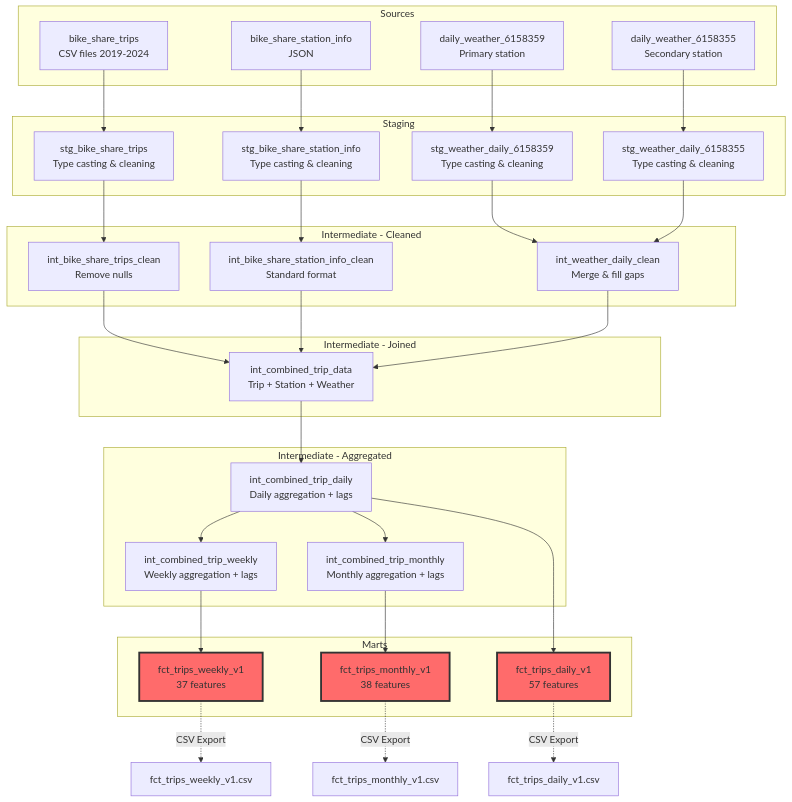
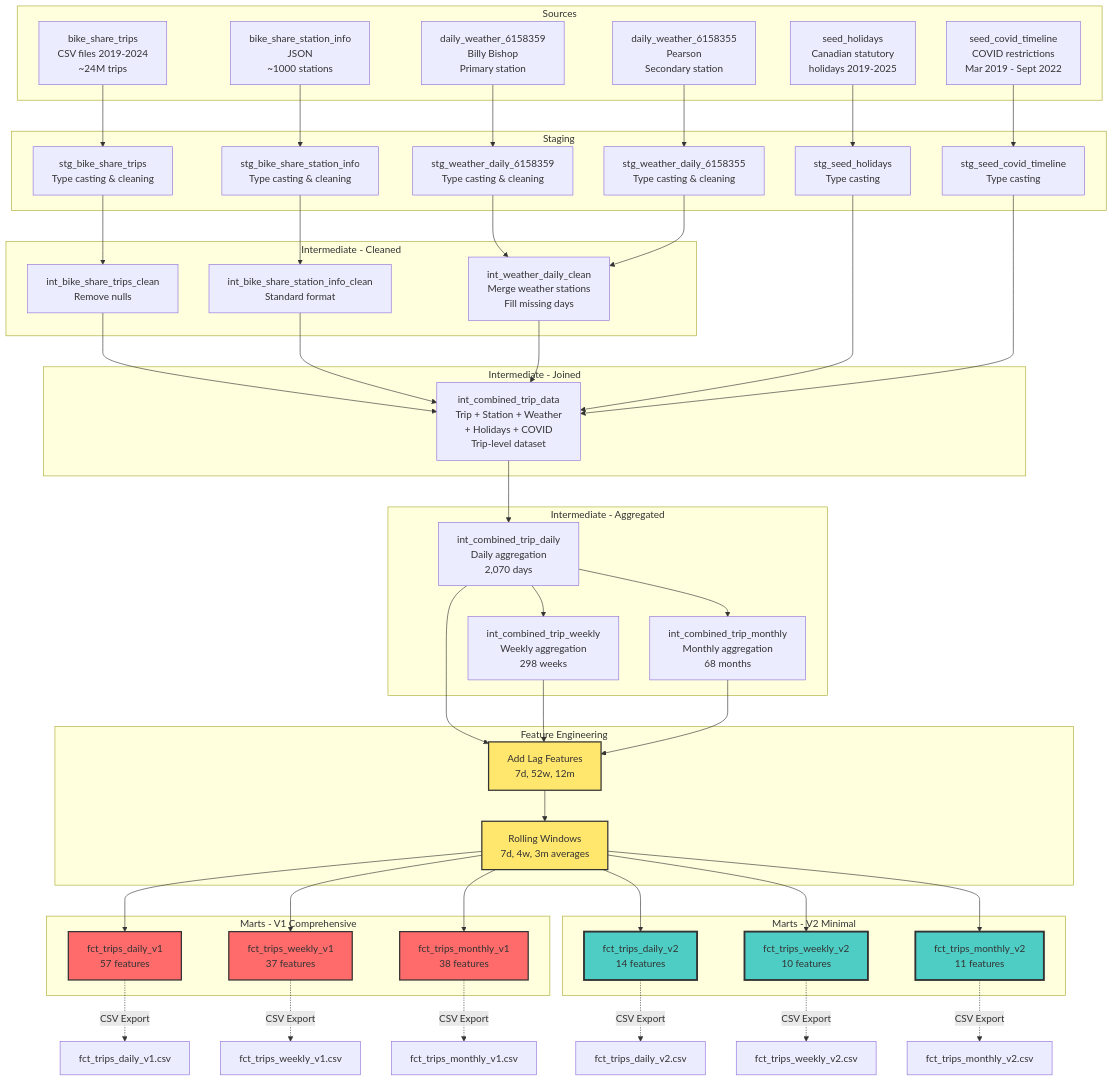
Before and after one commit to dharshatharan/bike-share-ml: the second of 2 diagrams in dag/DATA_PIPELINE_DOCUMENTATION.md, drawn with Mermaid. The commit also changed other lines of this file, not shown here.

````diff
--- a/dag/DATA_PIPELINE_DOCUMENTATION.md
+++ b/dag/DATA_PIPELINE_DOCUMENTATION.md
@@ -66,10 +81,12 @@
 ```mermaid
 graph TD
     subgraph Sources
-        S1[bike_share_trips<br/>CSV files 2019-2024]
-        S2[bike_share_station_info<br/>JSON]
-        S3[daily_weather_6158359<br/>Primary station]
-        S4[daily_weather_6158355<br/>Secondary station]
+        S1[bike_share_trips<br/>CSV files 2019-2024<br/>~24M trips]
+        S2[bike_share_station_info<br/>JSON<br/>~1000 stations]
+        S3[daily_weather_6158359<br/>Billy Bishop<br/>Primary station]
+        S4[daily_weather_6158355<br/>Pearson<br/>Secondary station]
+        S5[seed_holidays<br/>Canadian statutory<br/>holidays 2019-2025]
+        S6[seed_covid_timeline<br/>COVID restrictions<br/>Mar 2019 - Sept 2022]
     end
 
     subgraph Staging
@@ -77,34 +94,49 @@
         ST2[stg_bike_share_station_info<br/>Type casting & cleaning]
         ST3[stg_weather_daily_6158359<br/>Type casting & cleaning]
         ST4[stg_weather_daily_6158355<br/>Type casting & cleaning]
+        ST5[stg_seed_holidays<br/>Type casting]
+        ST6[stg_seed_covid_timeline<br/>Type casting]
     end
 
     subgraph Intermediate - Cleaned
         IC1[int_bike_share_trips_clean<br/>Remove nulls]
         IC2[int_bike_share_station_info_clean<br/>Standard format]
-        IC3[int_weather_daily_clean<br/>Merge & fill gaps]
+        IC3[int_weather_daily_clean<br/>Merge weather stations<br/>Fill missing days]
     end
 
     subgraph Intermediate - Joined
-        IJ[int_combined_trip_data<br/>Trip + Station + Weather]
+        IJ[int_combined_trip_data<br/>Trip + Station + Weather<br/>+ Holidays + COVID<br/>Trip-level dataset]
     end
 
     subgraph Intermediate - Aggregated
-        IA1[int_combined_trip_daily<br/>Daily aggregation + lags]
-        IA2[int_combined_trip_weekly<br/>Weekly aggregation + lags]
-        IA3[int_combined_trip_monthly<br/>Monthly aggregation + lags]
+        IA1[int_combined_trip_daily<br/>Daily aggregation<br/>2,070 days]
+        IA2[int_combined_trip_weekly<br/>Weekly aggregation<br/>298 weeks]
+        IA3[int_combined_trip_monthly<br/>Monthly aggregation<br/>68 months]
     end
 
-    subgraph Marts
-        M1[fct_trips_daily_v1<br/>57 features]
-        M2[fct_trips_weekly_v1<br/>37 features]
-        M3[fct_trips_monthly_v1<br/>38 features]
+    subgraph Feature Engineering
+        FE1[Add Lag Features<br/>7d, 52w, 12m]
+        FE2[Rolling Windows<br/>7d, 4w, 3m averages]
+    end
+
+    subgraph Marts - V1 Comprehensive
+        M1V1[fct_trips_daily_v1<br/>57 features]
+        M2V1[fct_trips_weekly_v1<br/>37 features]
+        M3V1[fct_trips_monthly_v1<br/>38 features]
+    end
+
+    subgraph Marts - V2 Minimal
+        M1V2[fct_trips_daily_v2<br/>14 features]
+        M2V2[fct_trips_weekly_v2<br/>10 features]
+        M3V2[fct_trips_monthly_v2<br/>11 features]
     end
 
     S1 --> ST1
     S2 --> ST2
     S3 --> ST3
     S4 --> ST4
+    S5 --> ST5
+    S6 --> ST6
 
     ST1 --> IC1
     ST2 --> IC2
@@ -114,20 +146,38 @@
     IC1 --> IJ
     IC2 --> IJ
     IC3 --> IJ
+    ST5 --> IJ
+    ST6 --> IJ
 
     IJ --> IA1
     IA1 --> IA2
     IA1 --> IA3
 
-    IA1 --> M1
-    IA2 --> M2
-    IA3 --> M3
+    IA1 --> FE1
+    IA2 --> FE1
+    IA3 --> FE1
+    FE1 --> FE2
 
-    M1 -.->|CSV Export| CSV1[fct_trips_daily_v1.csv]
-    M2 -.->|CSV Export| CSV2[fct_trips_weekly_v1.csv]
-    M3 -.->|CSV Export| CSV3[fct_trips_monthly_v1.csv]
+    FE2 --> M1V1
+    FE2 --> M2V1
+    FE2 --> M3V1
+    FE2 --> M1V2
+    FE2 --> M2V2
+    FE2 --> M3V2
 
-    style M1 fill:#ff6b6b,stroke:#333,stroke-width:3px
-    style M2 fill:#ff6b6b,stroke:#333,stroke-width:3px
-    style M3 fill:#ff6b6b,stroke:#333,stroke-width:3px
+    M1V1 -.->|CSV Export| CSV1[fct_trips_daily_v1.csv]
+    M2V1 -.->|CSV Export| CSV2[fct_trips_weekly_v1.csv]
+    M3V1 -.->|CSV Export| CSV3[fct_trips_monthly_v1.csv]
+    M1V2 -.->|CSV Export| CSV4[fct_trips_daily_v2.csv]
+    M2V2 -.->|CSV Export| CSV5[fct_trips_weekly_v2.csv]
+    M3V2 -.->|CSV Export| CSV6[fct_trips_monthly_v2.csv]
+
+    style M1V1 fill:#ff6b6b,stroke:#333,stroke-width:2px
+    style M2V1 fill:#ff6b6b,stroke:#333,stroke-width:2px
+    style M3V1 fill:#ff6b6b,stroke:#333,stroke-width:2px
+    style M1V2 fill:#4ecdc4,stroke:#333,stroke-width:3px
+    style M2V2 fill:#4ecdc4,stroke:#333,stroke-width:3px
+    style M3V2 fill:#4ecdc4,stroke:#333,stroke-width:3px
+    style FE1 fill:#ffe66d,stroke:#333,stroke-width:2px
+    style FE2 fill:#ffe66d,stroke:#333,stroke-width:2px
 ```
````
